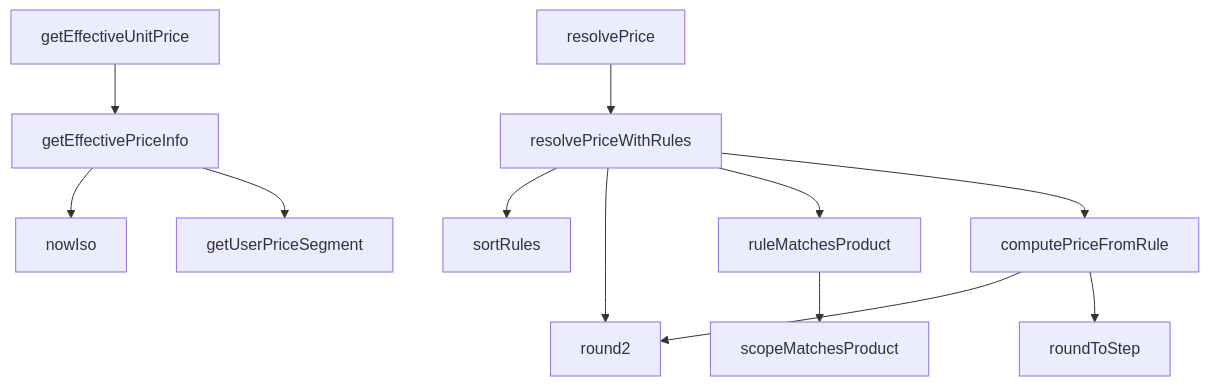
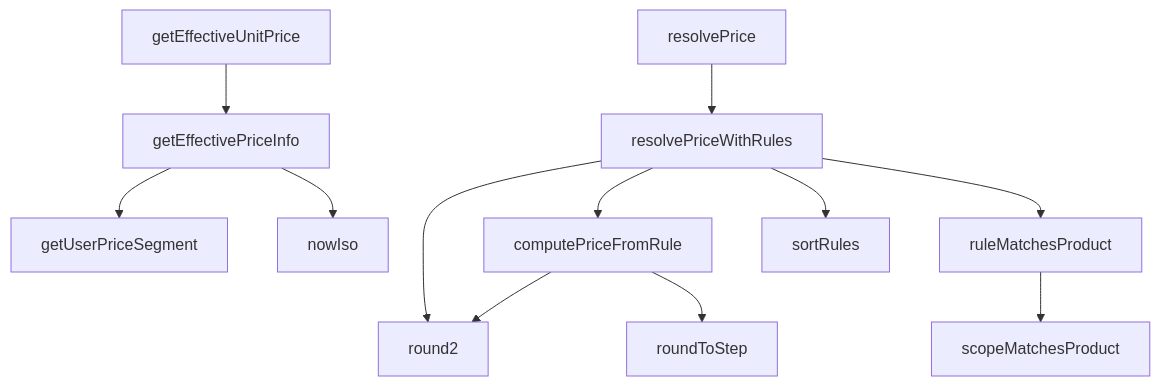
The diagram in src/lib/services/pricing.service.md (peckop/venthub-hvac-esite), drawn with Mermaid before and after one commit. The commit also changed other lines of this file and 134 other files, not shown here.

````diff
--- a/src/lib/services/pricing.service.md
+++ b/src/lib/services/pricing.service.md
@@ -364,26 +364,26 @@
 ```mermaid
 graph TD
     pricing_service_ts__computePriceFromRule["computePriceFromRule"]
     pricing_service_ts__getEffectivePriceInfo["getEffectivePriceInfo"]
     pricing_service_ts__getEffectiveUnitPrice["getEffectiveUnitPrice"]
     pricing_service_ts__getUserPriceSegment["getUserPriceSegment"]
     pricing_service_ts__nowIso["nowIso"]
     pricing_service_ts__resolvePrice["resolvePrice"]
     pricing_service_ts__resolvePriceWithRules["resolvePriceWithRules"]
     pricing_service_ts__round2["round2"]
     pricing_service_ts__roundToStep["roundToStep"]
     pricing_service_ts__ruleMatchesProduct["ruleMatchesProduct"]
     pricing_service_ts__scopeMatchesProduct["scopeMatchesProduct"]
     pricing_service_ts__sortRules["sortRules"]
+    pricing_service_ts__getEffectivePriceInfo --> pricing_service_ts__getUserPriceSegment
+    pricing_service_ts__getEffectivePriceInfo --> pricing_service_ts__nowIso
     pricing_service_ts__computePriceFromRule --> pricing_service_ts__round2
+    pricing_service_ts__resolvePriceWithRules --> pricing_service_ts__round2
+    pricing_service_ts__resolvePriceWithRules --> pricing_service_ts__computePriceFromRule
+    pricing_service_ts__computePriceFromRule --> pricing_service_ts__roundToStep
+    pricing_service_ts__getEffectiveUnitPrice --> pricing_service_ts__getEffectivePriceInfo
     pricing_service_ts__resolvePriceWithRules --> pricing_service_ts__sortRules
-    pricing_service_ts__resolvePriceWithRules --> pricing_service_ts__round2
-    pricing_service_ts__getEffectivePriceInfo --> pricing_service_ts__nowIso
-    pricing_service_ts__getEffectivePriceInfo --> pricing_service_ts__getUserPriceSegment
-    pricing_service_ts__getEffectiveUnitPrice --> pricing_service_ts__getEffectivePriceInfo
-    pricing_service_ts__computePriceFromRule --> pricing_service_ts__roundToStep
+    pricing_service_ts__resolvePriceWithRules --> pricing_service_ts__ruleMatchesProduct
     pricing_service_ts__resolvePrice --> pricing_service_ts__resolvePriceWithRules
     pricing_service_ts__ruleMatchesProduct --> pricing_service_ts__scopeMatchesProduct
-    pricing_service_ts__resolvePriceWithRules --> pricing_service_ts__ruleMatchesProduct
-    pricing_service_ts__resolvePriceWithRules --> pricing_service_ts__computePriceFromRule
 ```
````
